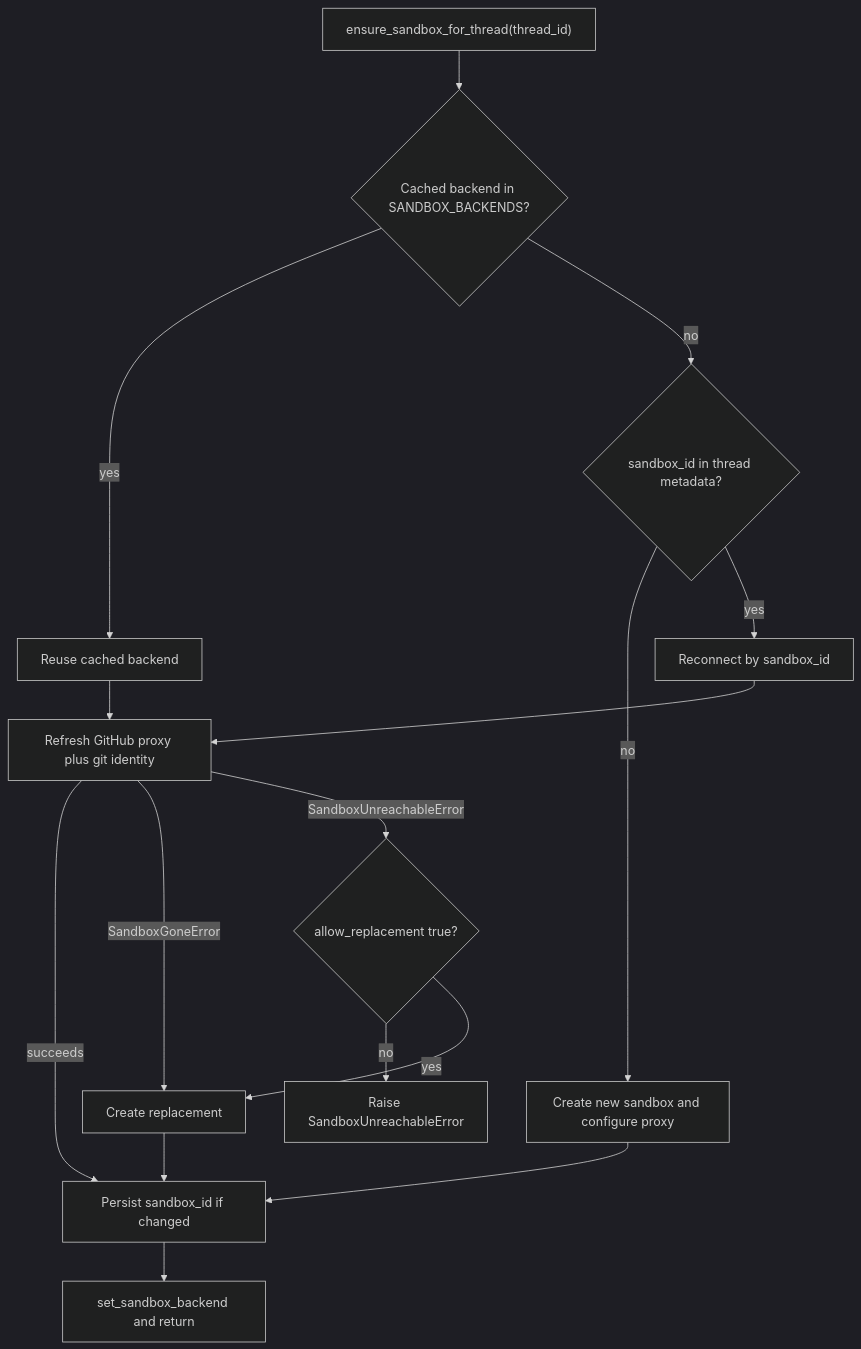
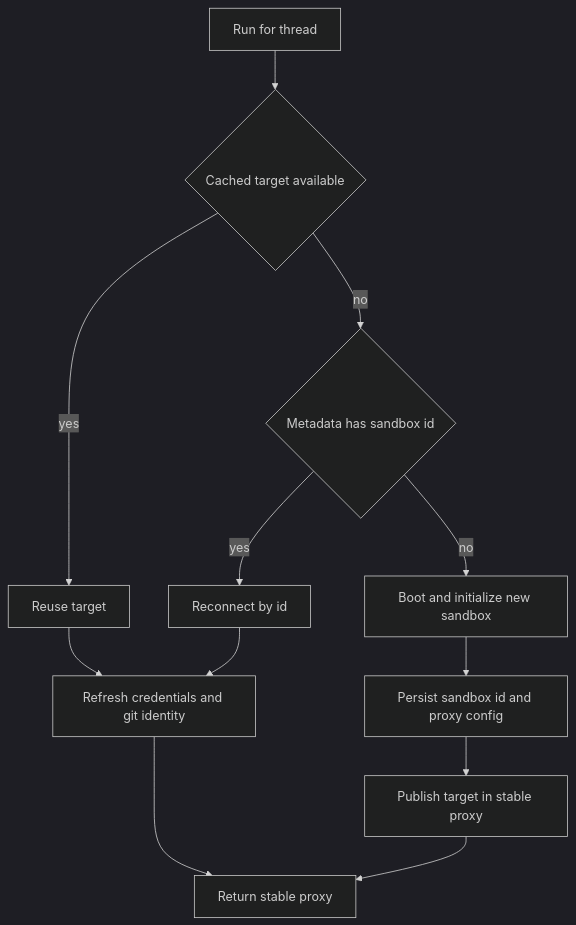
The diagram in openwiki/architecture/sandbox-lifecycle.md (langchain-ai/open-swe), drawn with Mermaid (dark theme) before and after one commit. The commit also changed other lines of this file and 52 other files, not shown here.

````diff
--- a/openwiki/architecture/sandbox-lifecycle.md
+++ b/openwiki/architecture/sandbox-lifecycle.md
@@ -139,18 +69,14 @@
 ```mermaid
 flowchart TD
-  Start["ensure_sandbox_for_thread(thread_id)"] --> Cached{"Cached backend in SANDBOX_BACKENDS?"}
-  Cached -->|"yes"| Reuse["Reuse cached backend"]
-  Cached -->|"no"| MetaId{"sandbox_id in thread metadata?"}
-  MetaId -->|"no"| Create["Create new sandbox and configure proxy"]
-  MetaId -->|"yes"| Reconnect["Reconnect by sandbox_id"]
-  Reuse --> Refresh["Refresh GitHub proxy plus git identity"]
+  Run["Run for thread"] --> Cache{"Cached target available"}
+  Cache -->|"yes"| Existing["Reuse target"]
+  Cache -->|"no"| Binding{"Metadata has sandbox id"}
+  Binding -->|"yes"| Reconnect["Reconnect by id"]
+  Binding -->|"no"| Create["Boot and initialize new sandbox"]
+  Existing --> Refresh["Refresh credentials and git identity"]
   Reconnect --> Refresh
-  Refresh -->|"succeeds"| Bind
-  Refresh -->|"SandboxGoneError"| Replace["Create replacement"]
-  Refresh -->|"SandboxUnreachableError"| AllowRepl{"allow_replacement true?"}
-  AllowRepl -->|"no"| Raise["Raise SandboxUnreachableError"]
-  AllowRepl -->|"yes"| Replace
-  Create --> Bind["Persist sandbox_id if changed"]
-  Replace --> Bind
-  Bind --> Publish["set_sandbox_backend and return"]
+  Refresh --> Ready["Return stable proxy"]
+  Create --> Persist["Persist sandbox id and proxy config"]
+  Persist --> Publish["Publish target in stable proxy"]
+  Publish --> Ready
 ```
````
